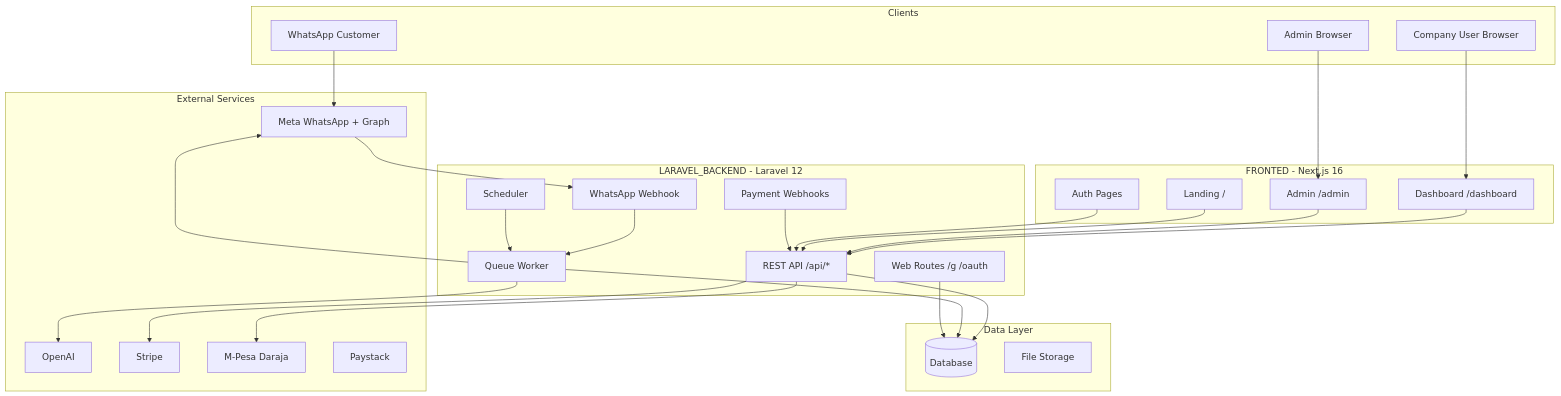
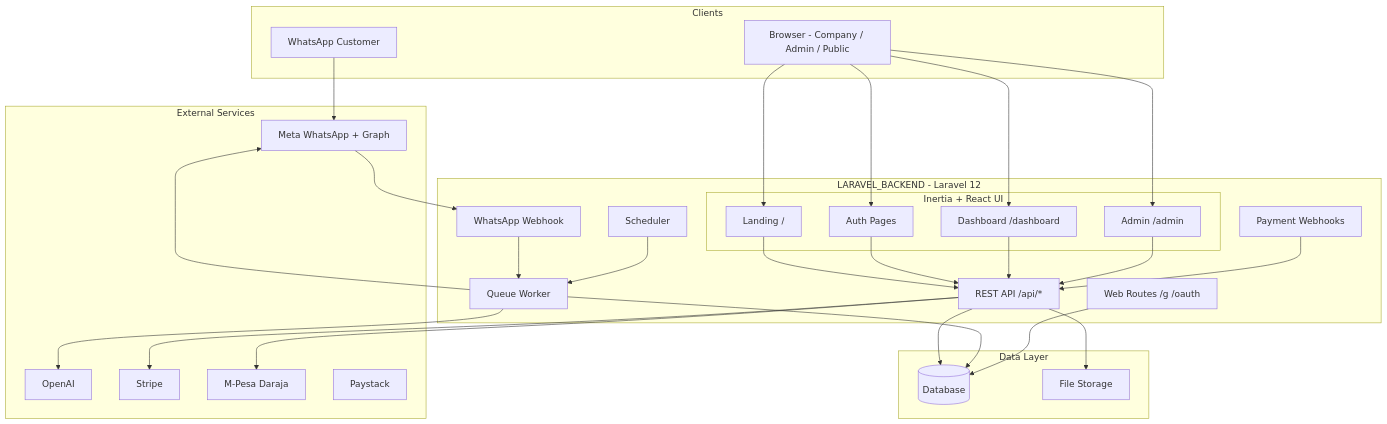
The diagram in docs/technical/architecture.md (ManStevoh/SAVIT_CHAT_BOT_SYSTEM), drawn with Mermaid before and after one commit. The commit also changed other lines of this file and 17 other files, not shown here.

````diff
--- a/docs/technical/architecture.md
+++ b/docs/technical/architecture.md
@@ -11,54 +11,57 @@
 ```mermaid
 flowchart TB
     subgraph clients [Clients]
         WA[WhatsApp Customer]
-        CO[Company User Browser]
-        AD[Admin Browser]
+        BR[Browser - Company / Admin / Public]
     end
 
-    subgraph frontend [FRONTED - Next.js 16]
-        LP[Landing /]
-        AUTH[Auth Pages]
-        DASH[Dashboard /dashboard]
-        ADMIN[Admin /admin]
-    end
-
-    subgraph backend [LARAVEL_BACKEND - Laravel 12]
+    subgraph laravel [LARAVEL_BACKEND - Laravel 12]
+        subgraph ui [Inertia + React UI]
+            LP[Landing /]
+            AUTH[Auth Pages]
+            DASH[Dashboard /dashboard]
+            ADMIN[Admin /admin]
+        end
         API["REST API /api/*"]
         WH[WhatsApp Webhook]
         PAY[Payment Webhooks]
         WEB[Web Routes /g /oauth]
         Q[Queue Worker]
         CRON[Scheduler]
     end
 
     subgraph data [Data Layer]
         DB[(Database)]
         FS[File Storage]
     end
 
     subgraph external [External Services]
         META[Meta WhatsApp + Graph]
         OAI[OpenAI]
         STR[Stripe]
         MP[M-Pesa Daraja]
         PS[Paystack]
     end
 
     WA --> META
     META --> WH
-    CO --> DASH --> API
-    AD --> ADMIN --> API
+    BR --> LP
+    BR --> AUTH
+    BR --> DASH
+    BR --> ADMIN
     LP --> API
     AUTH --> API
+    DASH --> API
+    ADMIN --> API
     WH --> Q
     API --> DB
     Q --> DB
     Q --> OAI
     Q --> META
     API --> STR
     API --> MP
     PAY --> API
     CRON --> Q
     WEB --> DB
+    API --> FS
 ```
````
